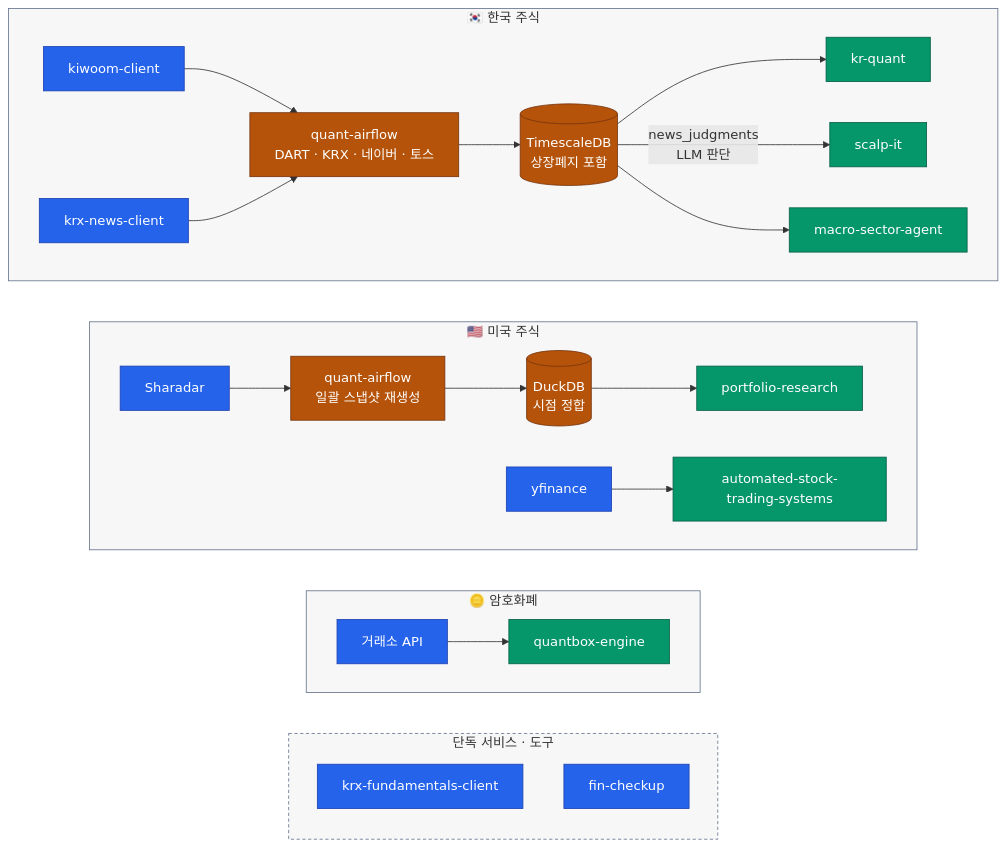
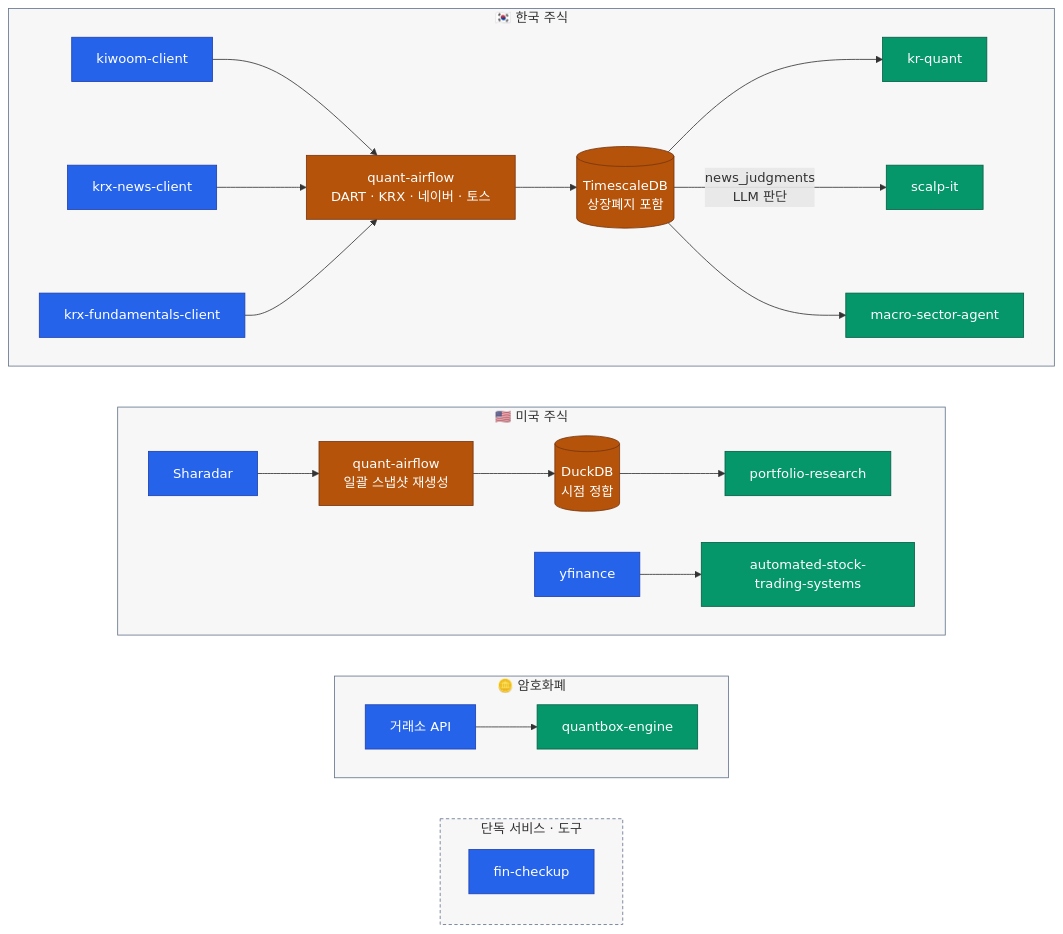
Before and after one commit to younghwan91/younghwan91: the diagram in README.ko.md, drawn with Mermaid. The commit also changed other lines of this file and 1 other file, not shown here.

First line of the commit message:
docs(readme): krx-fundamentals-client를 quant-airflow 파이프라인 안으로 반영

````diff
--- a/README.ko.md
+++ b/README.ko.md
@@ -22,43 +22,43 @@
 ```mermaid
 flowchart TB
     subgraph KR ["🇰🇷 한국 주식"]
         direction LR
         K["kiwoom-client"] --> AF["quant-airflow<br/>DART · KRX · 네이버 · 토스"] --> DB[("TimescaleDB<br/>상장폐지 포함")] --> Q["kr-quant"]
         NW["krx-news-client"] --> AF
+        F["krx-fundamentals-client"] --> AF
         DB -- "news_judgments<br/>LLM 판단" --> SC["scalp-it"]
         DB --> MS["macro-sector-agent"]
     end
 
     subgraph US ["🇺🇸 미국 주식"]
         direction LR
         SH["Sharadar"] --> AFU["quant-airflow<br/>일괄 스냅샷 재생성"] --> DD[("DuckDB<br/>시점 정합")] --> O["portfolio-research"]
         YF["yfinance"] --> AT["automated-stock-trading-systems"]
     end
 
     subgraph CX ["🪙 암호화폐"]
         direction LR
         EX["거래소 API"] --> CR["quantbox-engine"]
     end
 
     subgraph SVC ["단독 서비스 · 도구"]
         direction TB
-        F["krx-fundamentals-client"]
         FC["fin-checkup"]
     end
 
     %% 세로 정렬용 — `~~~` 는 그 자체로 보이지 않는 링크다(linkStyle 불필요).
     KR ~~~ US ~~~ CX ~~~ SVC
 
     classDef source fill:#2563EB,stroke:#1E40AF,color:#FFFFFF
     classDef move   fill:#B45309,stroke:#78350F,color:#FFFFFF
     classDef out    fill:#059669,stroke:#065F46,color:#FFFFFF
 
     class K,SH,YF,EX,F,NW,FC source
     class AF,AFU,DB,DD move
     class Q,O,AT,CR,SC,MS out
 
     style KR  fill:#0F172A08,stroke:#64748B
     style US  fill:#0F172A08,stroke:#64748B
     style CX  fill:#0F172A08,stroke:#64748B
     style SVC fill:#0F172A08,stroke:#64748B,stroke-dasharray:4 3
 ```
````
